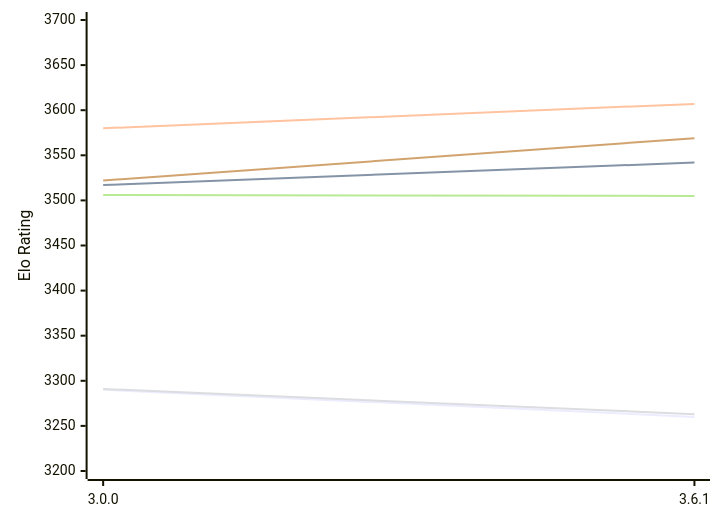
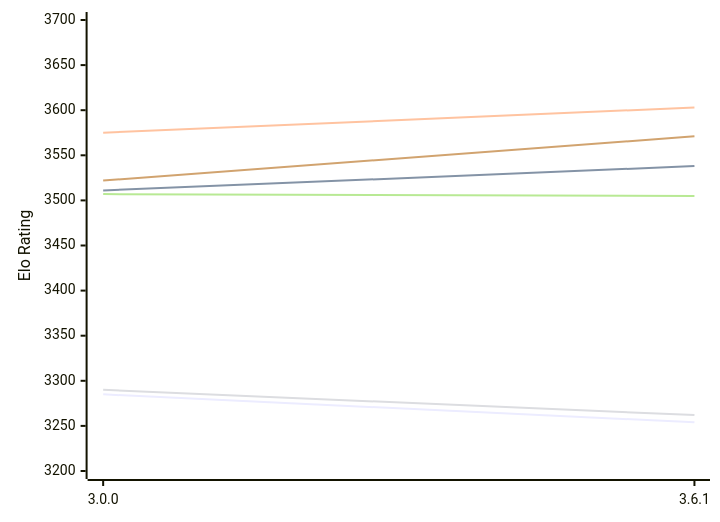
Before and after one commit to computer-chess-index/cci: the diagram in engines/Peras.md, drawn with Mermaid. The commit also changed other lines of this file, not shown here.

Commit message:
Update CCI Ratings (ELO VLTC) - 2026-11-26

````diff
--- a/engines/Peras.md
+++ b/engines/Peras.md
@@ -49,12 +49,12 @@
 ```mermaid
 %%{init: {"theme":"base","themeVariables":{"seriesColors:['#a3a3a3','#222221','#faa371']}}}%%
 xychart-beta
   x-axis ["3.0.0", "3.6.1"]
   y-axis "Elo Rating" 3200 --> 3700
-  line "E1: STC (8.0+0.08s)" [3290, 3260]
-  line "E1: LTC (60.0+0.60s)" [3517, 3542]
-  line "E1: VLTC (2m24s+1.12s)" [3580, 3607]
-  line "P1: STC (8.0+0.08s)" [3291, 3263]
-  line "P1: LTC (60.0+0.60s)" [3506, 3505]
-  line "P1: VLTC (2m24s+1.12s)" [3522, 3569]
+  line "E1: STC (8.0+0.08s)" [3285, 3254]
+  line "E1: LTC (60.0+0.60s)" [3511, 3538]
+  line "E1: VLTC (2m24s+1.12s)" [3575, 3603]
+  line "P1: STC (8.0+0.08s)" [3290, 3262]
+  line "P1: LTC (60.0+0.60s)" [3507, 3505]
+  line "P1: VLTC (2m24s+1.12s)" [3522, 3571]
 ```
````
